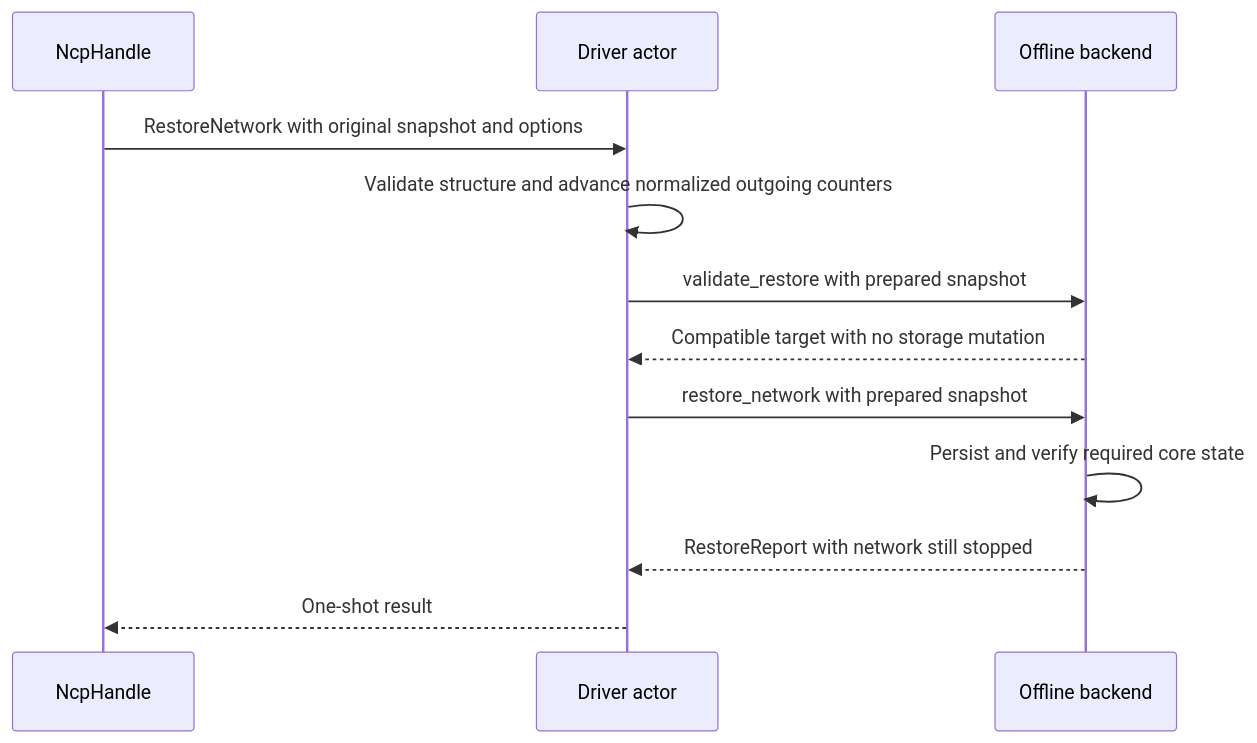
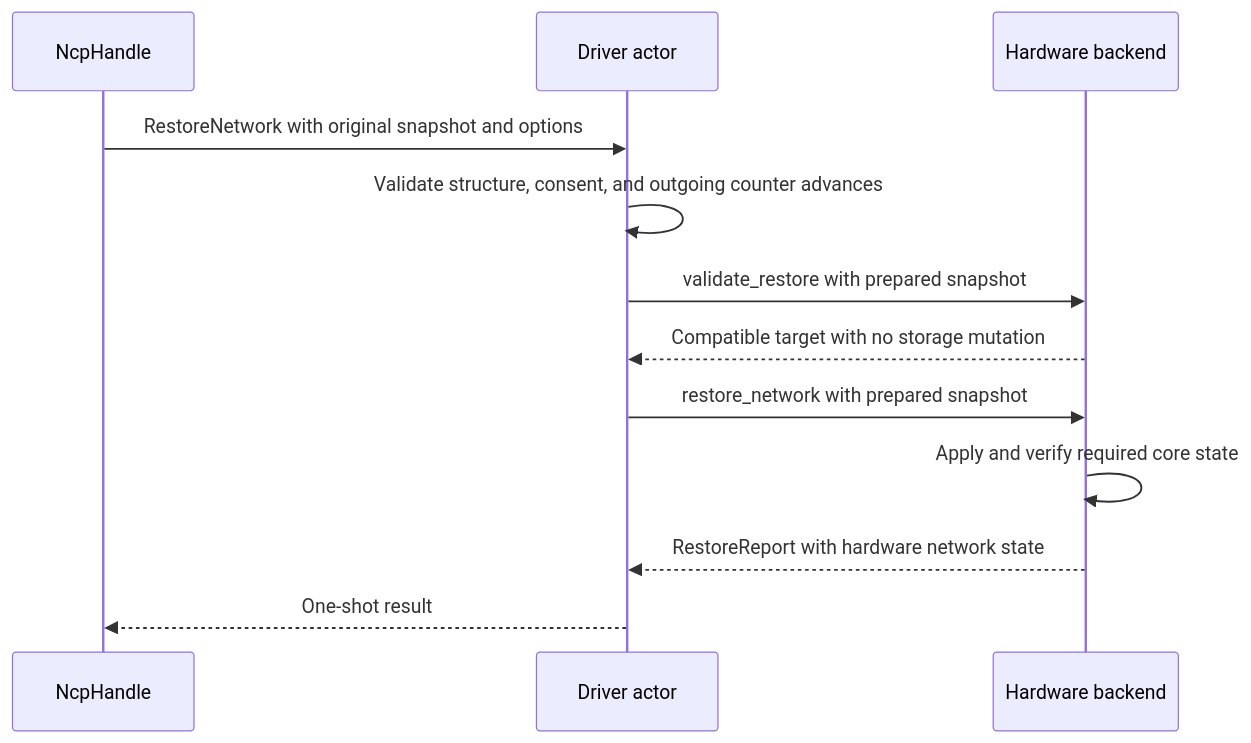
One commit to PaulmannLighting/apis-saltans changed the fifth of 5 diagrams in hw/ARCHITECTURE.md. Above: the diagram before and after it, drawn with Mermaid. The commit also changed other lines of this file and 20 other files, not shown here.

````diff
--- a/hw/ARCHITECTURE.md
+++ b/hw/ARCHITECTURE.md
@@ -168,14 +174,14 @@
 ```mermaid
 sequenceDiagram
     participant H as NcpHandle
     participant A as Driver actor
-    participant D as Offline backend
+    participant D as Hardware backend
     H->>A: RestoreNetwork with original snapshot and options
-    A->>A: Validate structure and advance normalized outgoing counters
+    A->>A: Validate structure, consent, and outgoing counter advances
     A->>D: validate_restore with prepared snapshot
     D-->>A: Compatible target with no storage mutation
     A->>D: restore_network with prepared snapshot
-    D->>D: Persist and verify required core state
-    D-->>A: RestoreReport with network still stopped
+    D->>D: Apply and verify required core state
+    D-->>A: RestoreReport with hardware network state
     A-->>H: One-shot result
 ```
````
